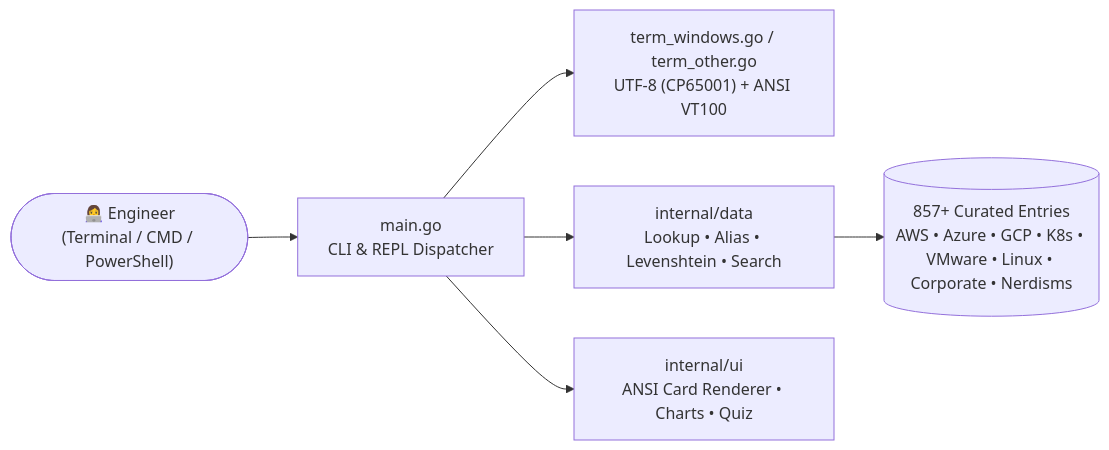
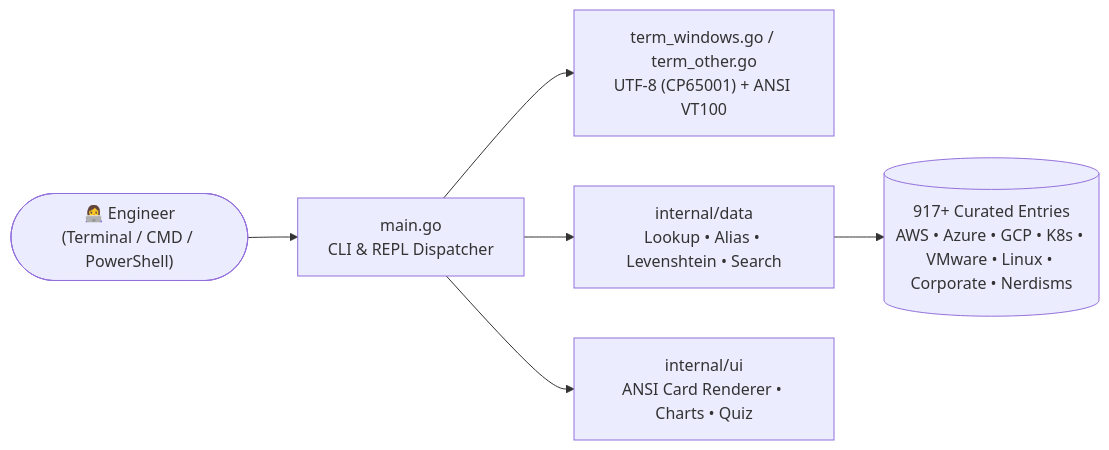
The diagram in README.md (espresso20/acronomicon), drawn with Mermaid before and after one commit. The commit also changed other lines of this file, not shown here.

````diff
--- a/README.md
+++ b/README.md
@@ -355,8 +357,8 @@
 ```mermaid
 flowchart LR
     User(["👩‍💻 Engineer\n(Terminal / CMD / PowerShell)"]) --> CLI["main.go\nCLI & REPL Dispatcher"]
     CLI --> TermInit["term_windows.go / term_other.go\nUTF-8 (CP65001) + ANSI VT100"]
     CLI --> Engine["internal/data\nLookup • Alias • Levenshtein • Search"]
-    Engine --> DB[("857+ Curated Entries\nAWS • Azure • GCP • K8s • VMware • Linux • Corporate • Nerdisms")]
+    Engine --> DB[("917+ Curated Entries\nAWS • Azure • GCP • K8s • VMware • Linux • Corporate • Nerdisms")]
     CLI --> UI["internal/ui\nANSI Card Renderer • Charts • Quiz"]
 ```
````
